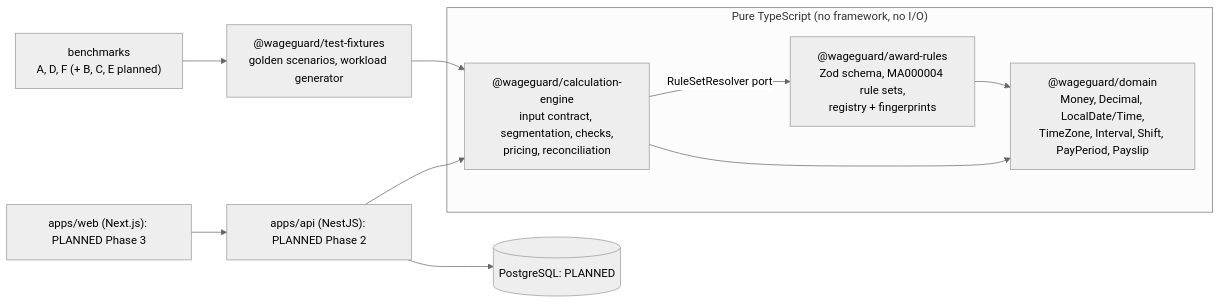
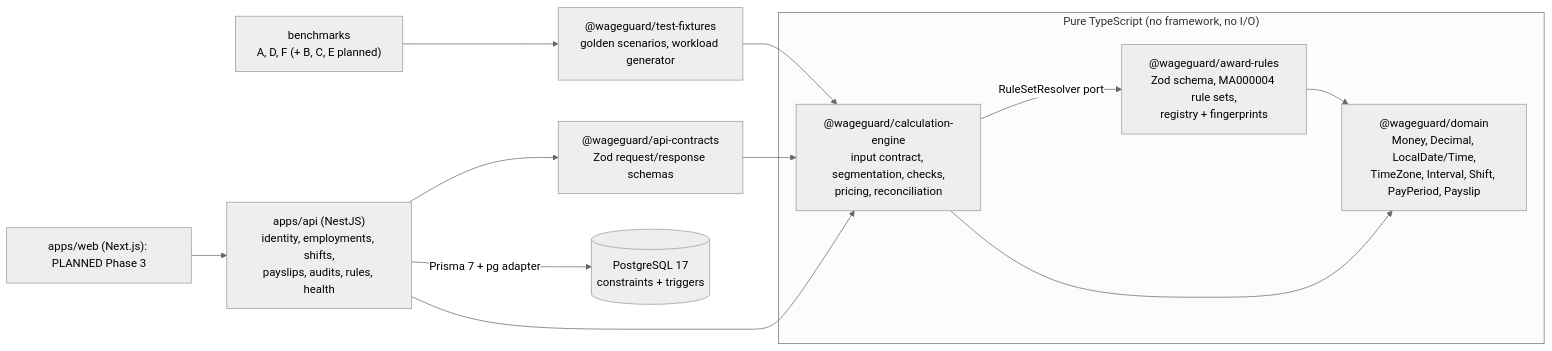
One commit to ijfabi/wageguard changed the diagram in docs/architecture.md. Above: the diagram before and after it, drawn with Mermaid (neutral theme). The commit also changed 103 other files, not shown here.

First line of the commit message:
feat(api): persistence, authentication and idempotent immutable audits

````diff
--- a/docs/architecture.md
+++ b/docs/architecture.md
@@ -7,22 +7,25 @@
 ```mermaid
 flowchart LR
   subgraph Pure["Pure TypeScript (no framework, no I/O)"]
     domain["@wageguard/domain<br/>Money, Decimal, LocalDate/Time,<br/>TimeZone, Interval, Shift, PayPeriod, Payslip"]
     rules["@wageguard/award-rules<br/>Zod schema, MA000004 rule sets,<br/>registry + fingerprints"]
     engine["@wageguard/calculation-engine<br/>input contract, segmentation, checks,<br/>pricing, reconciliation"]
   end
   fixtures["@wageguard/test-fixtures<br/>golden scenarios, workload generator"]
   bench["benchmarks<br/>A, D, F (+ B, C, E planned)"]
-  api["apps/api (NestJS): PLANNED Phase 2"]
+  contracts["@wageguard/api-contracts<br/>Zod request/response schemas"]
+  api["apps/api (NestJS)<br/>identity, employments, shifts,<br/>payslips, audits, rules, health"]
   web["apps/web (Next.js): PLANNED Phase 3"]
-  db[("PostgreSQL: PLANNED")]
+  db[("PostgreSQL 17<br/>constraints + triggers")]
 
   rules --> domain
   engine --> domain
   engine -->|RuleSetResolver port| rules
   fixtures --> engine
   bench --> fixtures
+  contracts --> engine
+  api --> contracts
   api --> engine
-  api --> db
+  api -->|Prisma 7 + pg adapter| db
   web --> api
 ```
````
